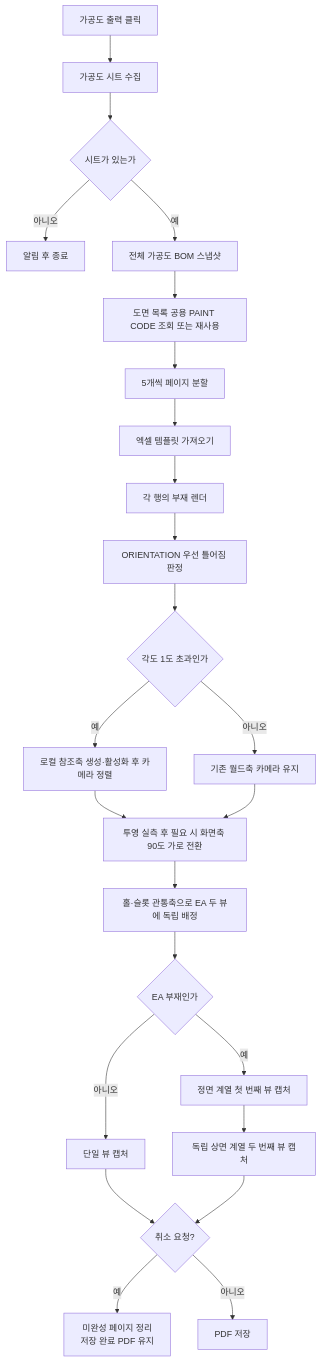
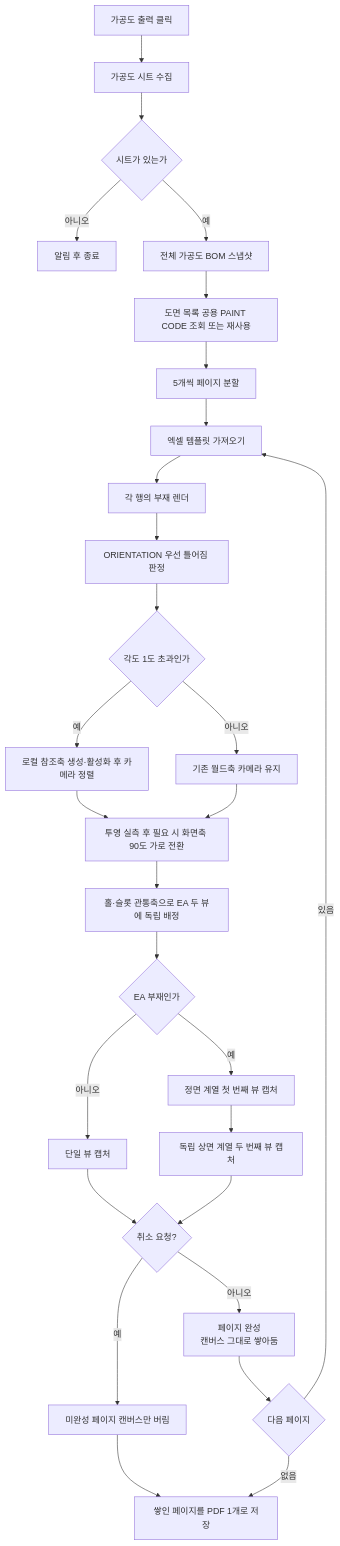
Before and after one commit to uuuuj/a2z: the diagram in docs/기능/가공도/가공도 시트.md, drawn with Mermaid. The commit also changed other lines of this file and 12 other files, not shown here.

````diff
--- a/docs/기능/가공도/가공도 시트.md
+++ b/docs/기능/가공도/가공도 시트.md
@@ -27,26 +27,30 @@
 ```mermaid
 flowchart TD
     A["가공도 출력 클릭"] --> B["가공도 시트 수집"]
     B --> C{"시트가 있는가"}
     C -- 아니오 --> D["알림 후 종료"]
     C -- 예 --> E["전체 가공도 BOM 스냅샷"]
     E --> E1["도면 목록 공용 PAINT CODE 조회 또는 재사용"]
     E1 --> F["5개씩 페이지 분할"]
     F --> G["엑셀 템플릿 가져오기"]
     G --> H["각 행의 부재 렌더"]
     H --> H1["ORIENTATION 우선 틀어짐 판정"]
     H1 --> H2{"각도 1도 초과인가"}
     H2 -- 예 --> H3["로컬 참조축 생성·활성화 후 카메라 정렬"]
     H2 -- 아니오 --> H4["기존 월드축 카메라 유지"]
     H3 --> H5["투영 실측 후 필요 시 화면축 90도 가로 전환"]
     H4 --> H5
     H5 --> H6["홀·슬롯 관통축으로 EA 두 뷰에 독립 배정"]
     H6 --> I{"EA 부재인가"}
     I -- 아니오 --> J["단일 뷰 캡처"]
     I -- 예 --> K["정면 계열 첫 번째 뷰 캡처"]
     K --> L["독립 상면 계열 두 번째 뷰 캡처"]
     J --> CXL{"취소 요청?"}
     L --> CXL
-    CXL -- 예 --> CLEAN["미완성 페이지 정리<br/>저장 완료 PDF 유지"]
-    CXL -- 아니오 --> M["PDF 저장"]
+    CXL -- 예 --> CLEAN["미완성 페이지 캔버스만 버림"]
+    CXL -- 아니오 --> M["페이지 완성<br/>캔버스 그대로 쌓아둠"]
+    M --> F2{"다음 페이지"}
+    F2 -- 있음 --> G
+    F2 -- 없음 --> SAVE["쌓인 페이지를 PDF 1개로 저장"]
+    CLEAN --> SAVE
 ```
````
